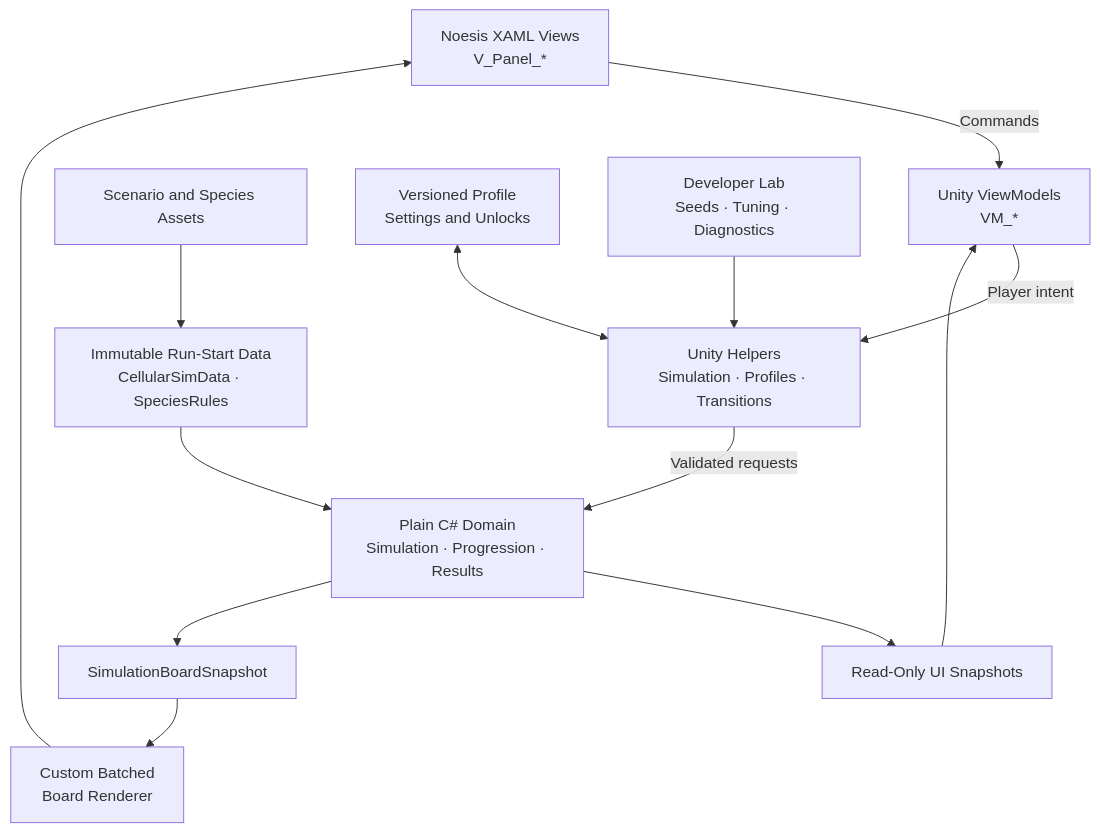
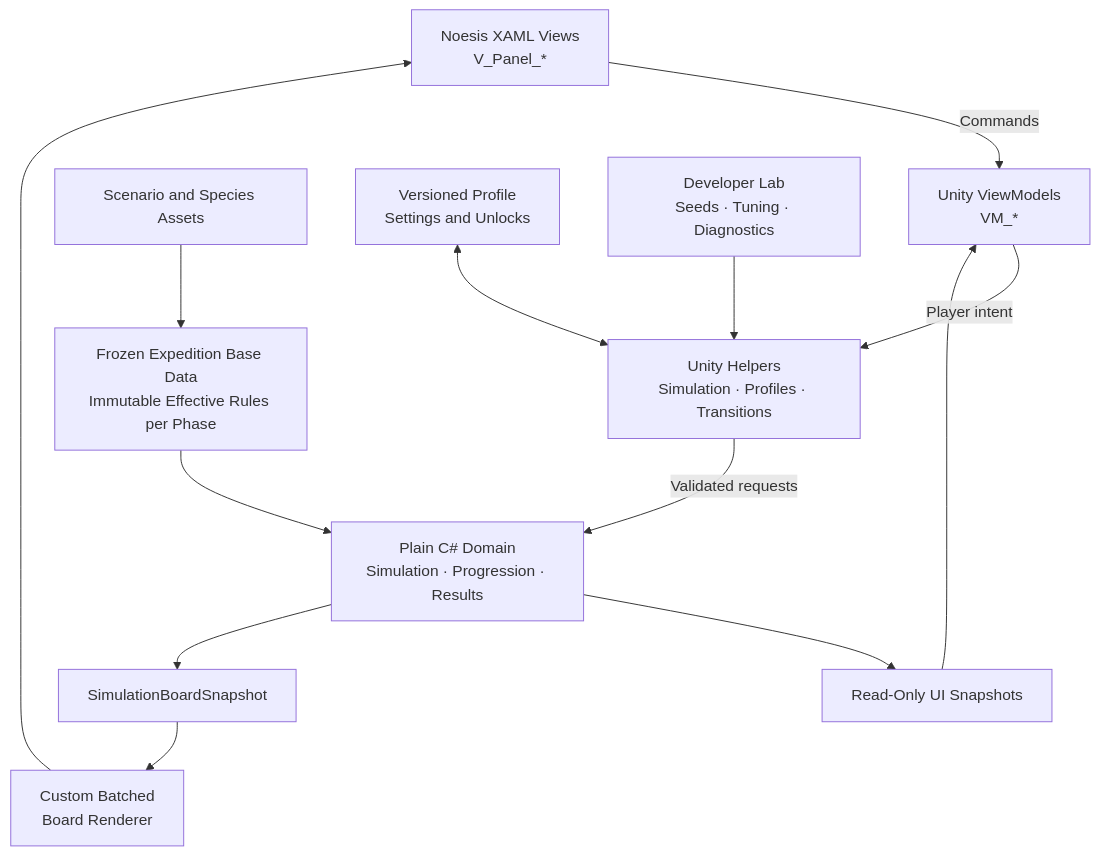
Before and after one commit to Saltylanguage/GameDev: the second of 3 diagrams in LearningIndieDev/docs/Architecture Maps/GAME_ARCHITECTURE_AND_FLOWS.md, drawn with Mermaid. The commit also changed other lines of this file and 38 other files, not shown here.

````diff
--- a/LearningIndieDev/docs/Architecture Maps/GAME_ARCHITECTURE_AND_FLOWS.md
+++ b/LearningIndieDev/docs/Architecture Maps/GAME_ARCHITECTURE_AND_FLOWS.md
@@ -42,28 +49,28 @@
 ```mermaid
 flowchart TB
     VIEW["Noesis XAML Views<br/>V_Panel_*"]
     VM["Unity ViewModels<br/>VM_*"]
     HELPER["Unity Helpers<br/>Simulation · Profiles · Transitions"]
     DOMAIN["Plain C# Domain<br/>Simulation · Progression · Results"]
 
     ASSETS["Scenario and Species Assets"]
-    DATA["Immutable Run-Start Data<br/>CellularSimData · SpeciesRules"]
+    DATA["Frozen Expedition Base Data<br/>Immutable Effective Rules per Phase"]
     SAVE["Versioned Profile<br/>Settings and Unlocks"]
 
     SHELL["Read-Only UI Snapshots"]
     BOARD["SimulationBoardSnapshot"]
     RENDERER["Custom Batched<br/>Board Renderer"]
 
     DEVLAB["Developer Lab<br/>Seeds · Tuning · Diagnostics"]
 
     VIEW -->|"Commands"| VM
     VM -->|"Player intent"| HELPER
     HELPER -->|"Validated requests"| DOMAIN
 
     ASSETS --> DATA --> DOMAIN
     SAVE <--> HELPER
     DEVLAB --> HELPER
 
     DOMAIN --> SHELL --> VM
     DOMAIN --> BOARD --> RENDERER --> VIEW
 ```
````
